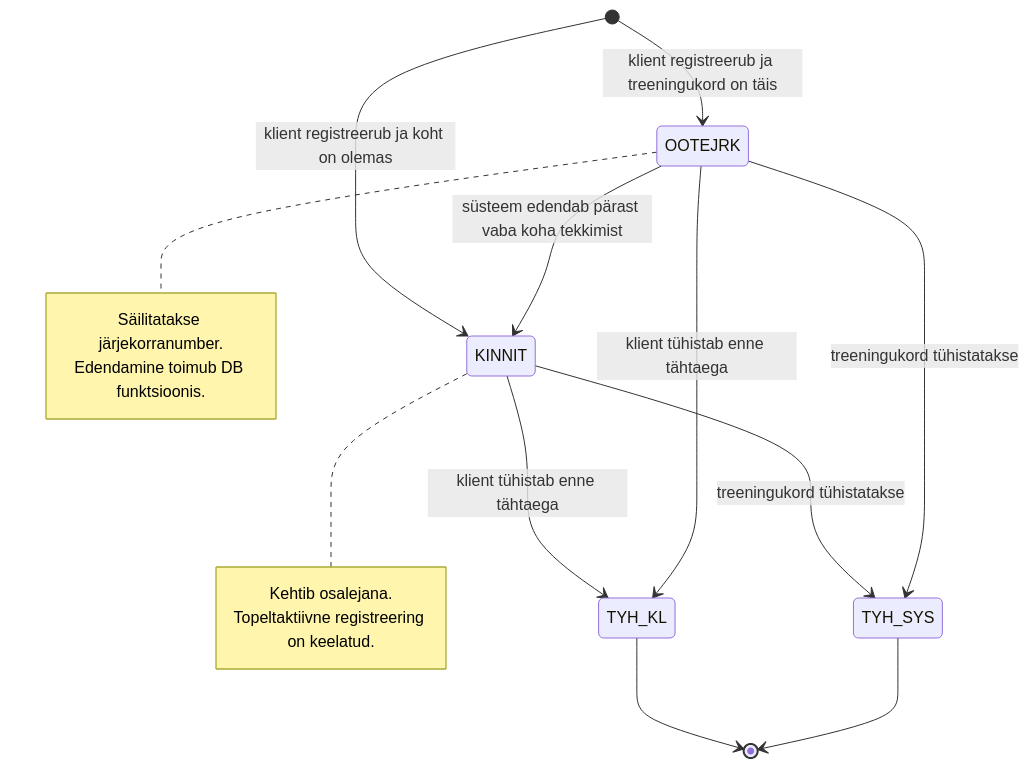
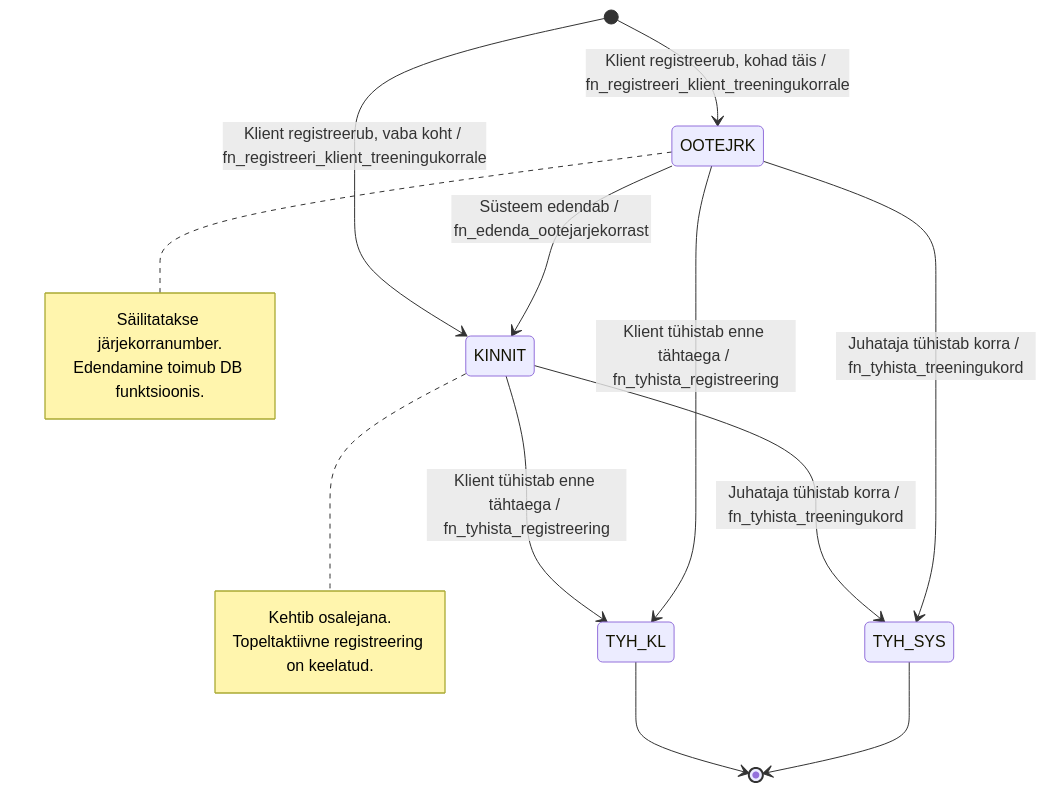
The diagram in diagrams/06_registration_state.mmd (tamkivi/andmebaasid-projekt), drawn with Mermaid before and after one commit. The commit also changed 23 other files, not shown here.

```diff
--- a/diagrams/06_registration_state.mmd
+++ b/diagrams/06_registration_state.mmd
@@ -1,19 +1,19 @@
 stateDiagram-v2
-    [*] --> KINNIT: klient registreerub ja koht on olemas
-    [*] --> OOTEJRK: klient registreerub ja treeningukord on täis
-    OOTEJRK --> KINNIT: süsteem edendab pärast vaba koha tekkimist
-    KINNIT --> TYH_KL: klient tühistab enne tähtaega
-    OOTEJRK --> TYH_KL: klient tühistab enne tähtaega
-    KINNIT --> TYH_SYS: treeningukord tühistatakse
-    OOTEJRK --> TYH_SYS: treeningukord tühistatakse
+    [*] --> KINNIT: Klient registreerub, vaba koht / fn_registreeri_klient_treeningukorrale
+    [*] --> OOTEJRK: Klient registreerub, kohad täis / fn_registreeri_klient_treeningukorrale
+    OOTEJRK --> KINNIT: Süsteem edendab / fn_edenda_ootejarjekorrast
+    KINNIT --> TYH_KL: Klient tühistab enne tähtaega / fn_tyhista_registreering
+    OOTEJRK --> TYH_KL: Klient tühistab enne tähtaega / fn_tyhista_registreering
+    KINNIT --> TYH_SYS: Juhataja tühistab korra / fn_tyhista_treeningukord
+    OOTEJRK --> TYH_SYS: Juhataja tühistab korra / fn_tyhista_treeningukord
     TYH_KL --> [*]
     TYH_SYS --> [*]
 
     note right of KINNIT
         Kehtib osalejana.
         Topeltaktiivne registreering on keelatud.
     end note
     note right of OOTEJRK
         Säilitatakse järjekorranumber.
         Edendamine toimub DB funktsioonis.
     end note
```
